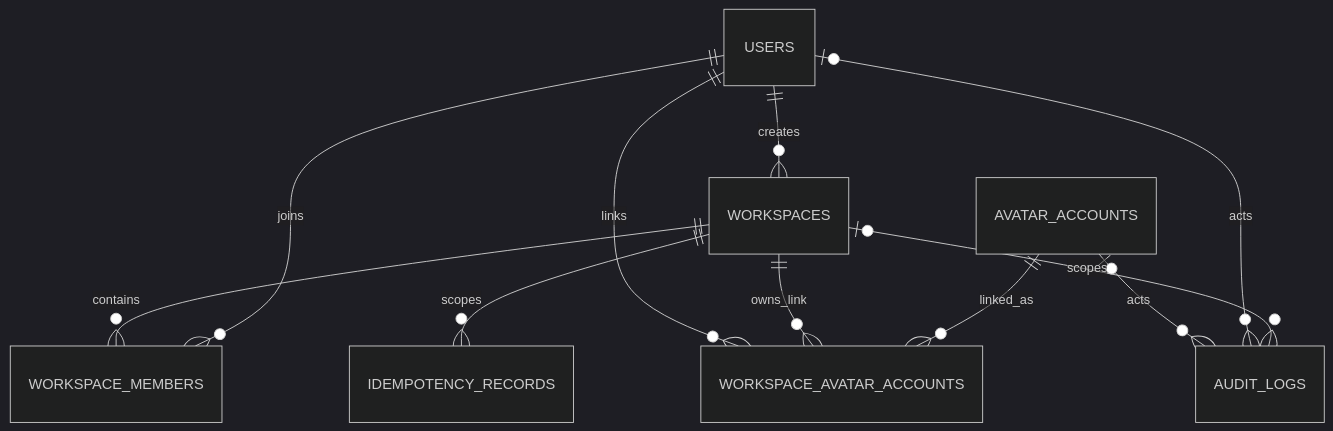
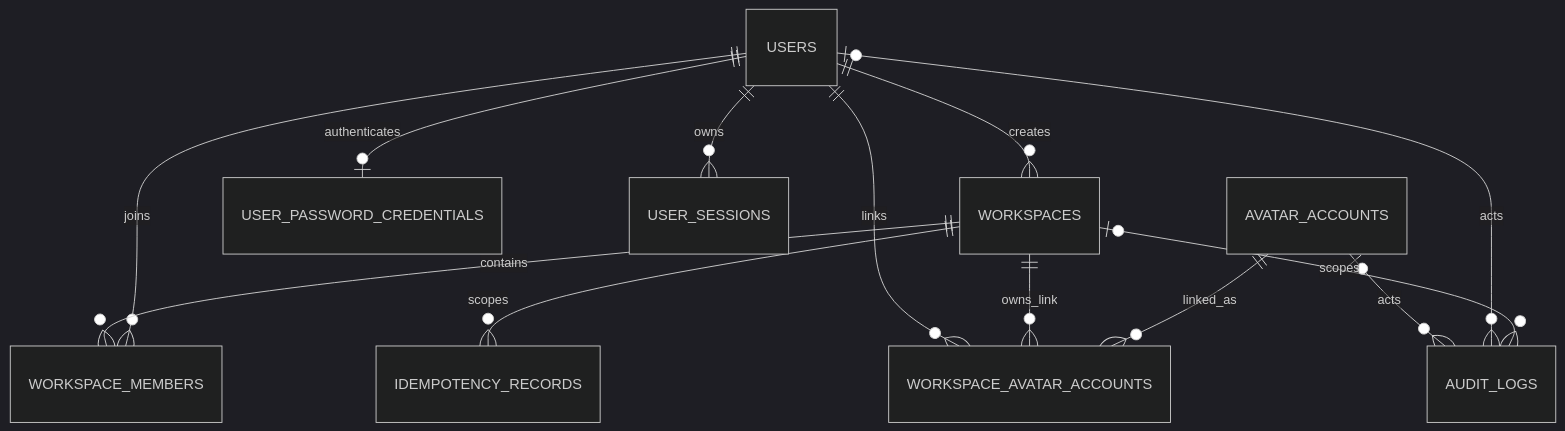
Before and after one commit to Noethro/novavend: the diagram in docs/DATABASE_SCHEMA.md, drawn with Mermaid (dark theme). The commit also changed other lines of this file and 54 other files, not shown here.

````diff
--- a/docs/DATABASE_SCHEMA.md
+++ b/docs/DATABASE_SCHEMA.md
@@ -5,13 +5,15 @@
 ```mermaid
 erDiagram
   USERS ||--o{ WORKSPACES : creates
+  USERS ||--o| USER_PASSWORD_CREDENTIALS : authenticates
+  USERS ||--o{ USER_SESSIONS : owns
   USERS ||--o{ WORKSPACE_MEMBERS : joins
   WORKSPACES ||--o{ WORKSPACE_MEMBERS : contains
   AVATAR_ACCOUNTS ||--o{ WORKSPACE_AVATAR_ACCOUNTS : linked_as
   WORKSPACES ||--o{ WORKSPACE_AVATAR_ACCOUNTS : owns_link
   USERS ||--o{ WORKSPACE_AVATAR_ACCOUNTS : links
   WORKSPACES o|--o{ AUDIT_LOGS : scopes
   USERS o|--o{ AUDIT_LOGS : acts
   AVATAR_ACCOUNTS o|--o{ AUDIT_LOGS : acts
   WORKSPACES ||--o{ IDEMPOTENCY_RECORDS : scopes
 ```
````
